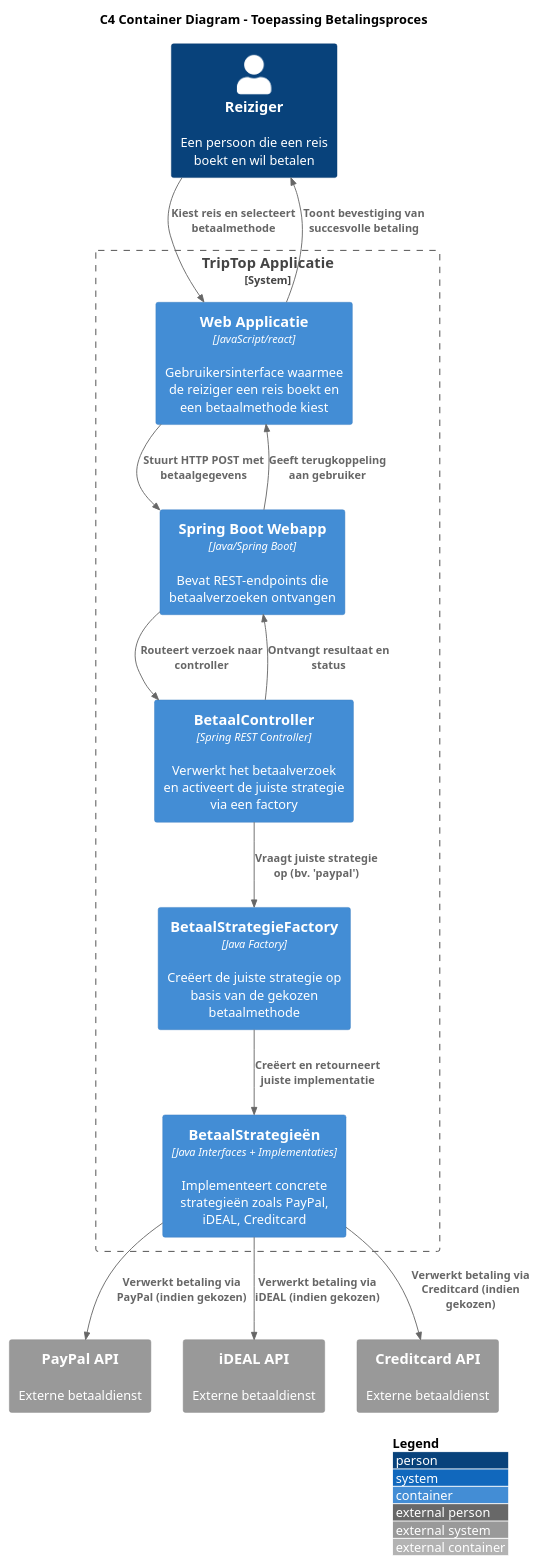
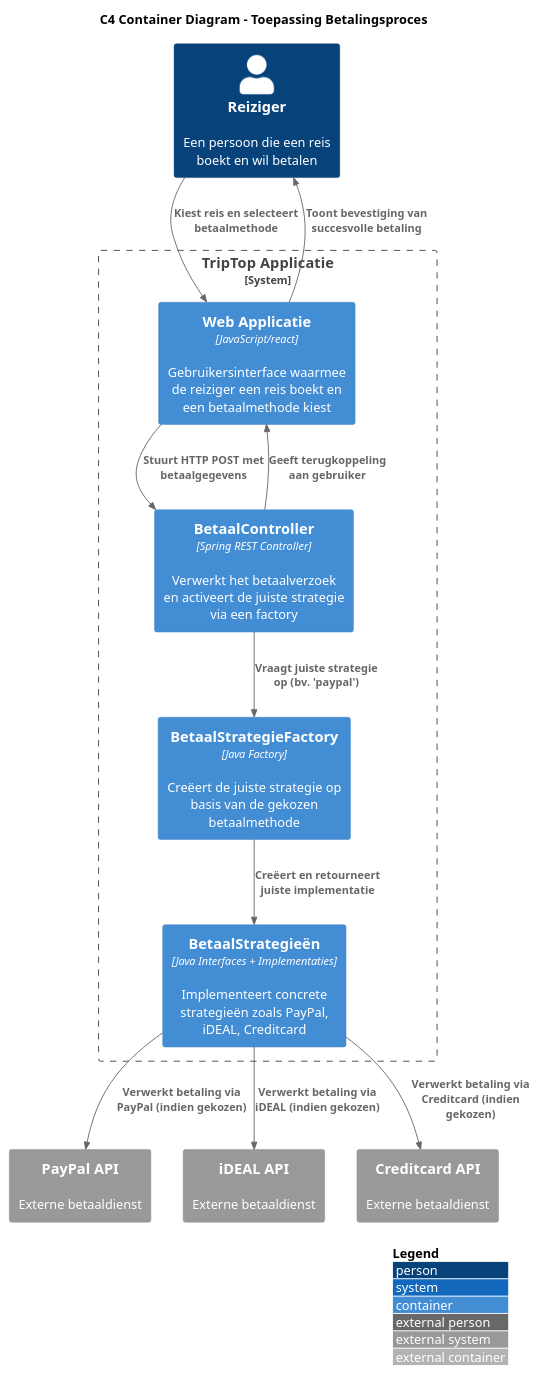
Before and after one commit to AIM-ENE-feb25/triptop-groep-5: the diagram in software-guidebook/BetaalMethodeContainer.puml, drawn with PlantUML. The commit also changed 1 other file, not shown here.

Commit message:
Betaling contrainer diagram aangepast

```diff
--- a/software-guidebook/BetaalMethodeContainer.puml
+++ b/software-guidebook/BetaalMethodeContainer.puml
@@ -1,37 +1,33 @@
 @startuml "C4 Container Diagram - Toepassing Betalingsproces"
 !include https://raw.githubusercontent.com/plantuml-stdlib/C4-PlantUML/master/C4_Container.puml
 
 LAYOUT_WITH_LEGEND()
 
 title "C4 Container Diagram - Toepassing Betalingsproces"
 Person(reiziger, "Reiziger", "Een persoon die een reis boekt en wil betalen")
 
 System_Boundary(triptopSysteem, "TripTop Applicatie") {
     Container(webApp, "Web Applicatie", "JavaScript/react","Gebruikersinterface waarmee de reiziger een reis boekt en een betaalmethode kiest")
-
-    Container(apiGateway, "Spring Boot Webapp", "Java/Spring Boot","Bevat REST-endpoints die betaalverzoeken ontvangen")
 
     Container(controller, "BetaalController", "Spring REST Controller","Verwerkt het betaalverzoek en activeert de juiste strategie via een factory")
 
     Container(factory, "BetaalStrategieFactory", "Java Factory","Creëert de juiste strategie op basis van de gekozen betaalmethode")
 
     Container(strategie, "BetaalStrategieën", "Java Interfaces + Implementaties","Implementeert concrete strategieën zoals PayPal, iDEAL, Creditcard")
 }
 
 System_Ext(paypalAPI, "PayPal API", "Externe betaaldienst")
 System_Ext(idealAPI, "iDEAL API", "Externe betaaldienst")
 System_Ext(ccAPI, "Creditcard API", "Externe betaaldienst")
 
 Rel(reiziger, webApp, "Kiest reis en selecteert betaalmethode")
-Rel(webApp, apiGateway, "Stuurt HTTP POST met betaalgegevens")
-Rel(apiGateway, controller, "Routeert verzoek naar controller")
+Rel(webApp, controller, "Stuurt HTTP POST met betaalgegevens")
 Rel(controller, factory, "Vraagt juiste strategie op (bv. 'paypal')")
 Rel(factory, strategie, "Creëert en retourneert juiste implementatie")
 Rel(strategie, paypalAPI, "Verwerkt betaling via PayPal (indien gekozen)")
 Rel(strategie, idealAPI, "Verwerkt betaling via iDEAL (indien gekozen)")
 Rel(strategie, ccAPI, "Verwerkt betaling via Creditcard (indien gekozen)")
-Rel(controller, apiGateway, "Ontvangt resultaat en status")
-Rel(apiGateway, webApp, "Geeft terugkoppeling aan gebruiker")
+Rel(controller, webApp, "Geeft terugkoppeling aan gebruiker")
 Rel(webApp, reiziger, "Toont bevestiging van succesvolle betaling")
 
 @enduml
```
